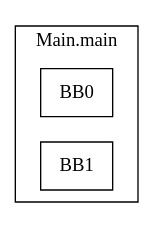
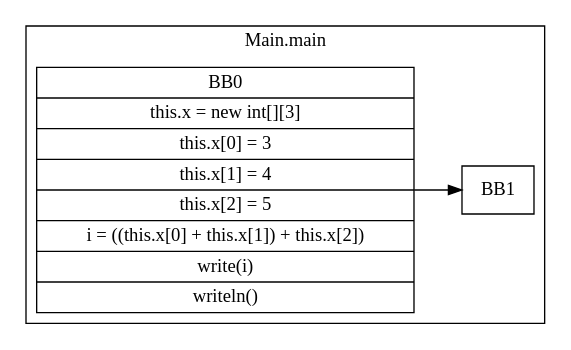
One commit to panubala/CDPP changed the diagram in HW5/javali_tests/HW4/OkArrayElementsMath.javali.cfg.dot. Above: the diagram before and after it, drawn with Graphviz. The commit also changed 58 other files, not shown here.

```diff
--- a/HW5/javali_tests/HW4/OkArrayElementsMath.javali.cfg.dot
+++ b/HW5/javali_tests/HW4/OkArrayElementsMath.javali.cfg.dot
@@ -1,14 +1,15 @@
 digraph G {
   graph [ rankdir = "LR" ];
   subgraph cluster_0 {
     label = "Main.main"
     M0_BB0 [
       shape="record"
-      label="BB0"
+      label="BB0|this.x = new int[][3]|this.x[0] = 3|this.x[1] = 4|this.x[2] = 5|i = ((this.x[0] + this.x[1]) + this.x[2])|write(i)|writeln()"
     ];
+    M0_BB0 -> M0_BB1;
     M0_BB1 [
       shape="record"
       label="BB1"
     ];
   }
 }
```
